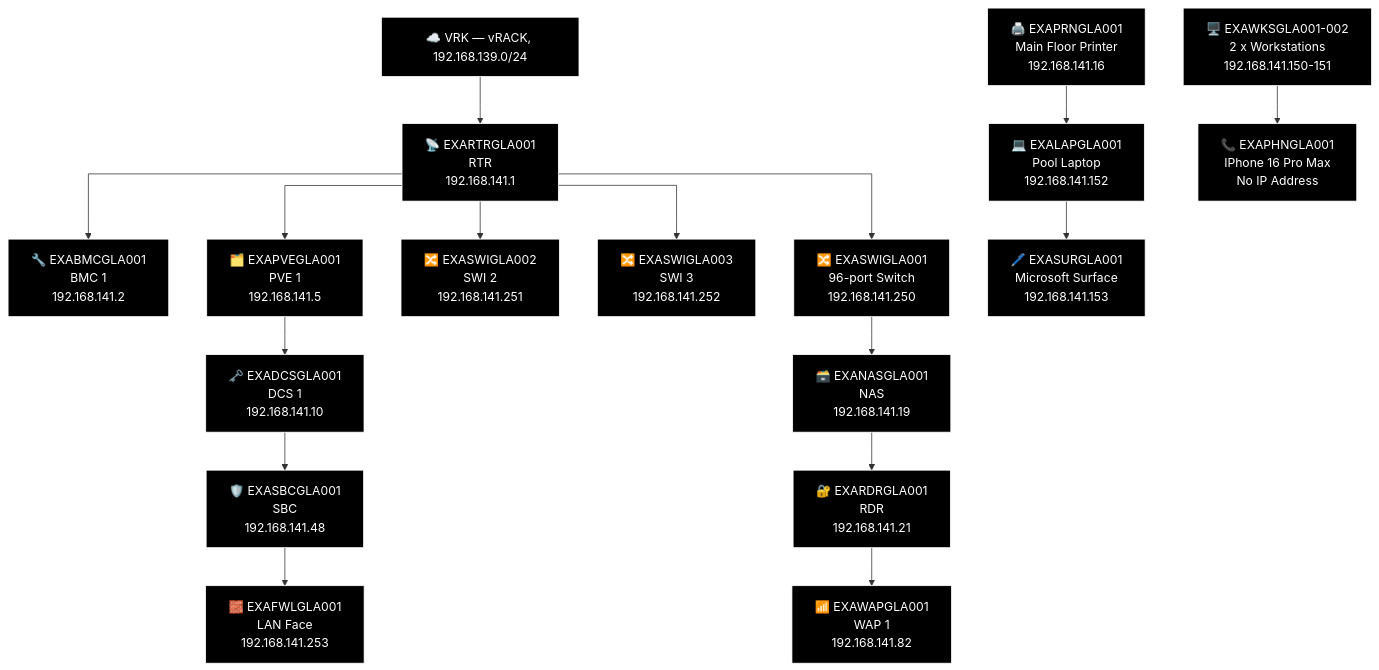
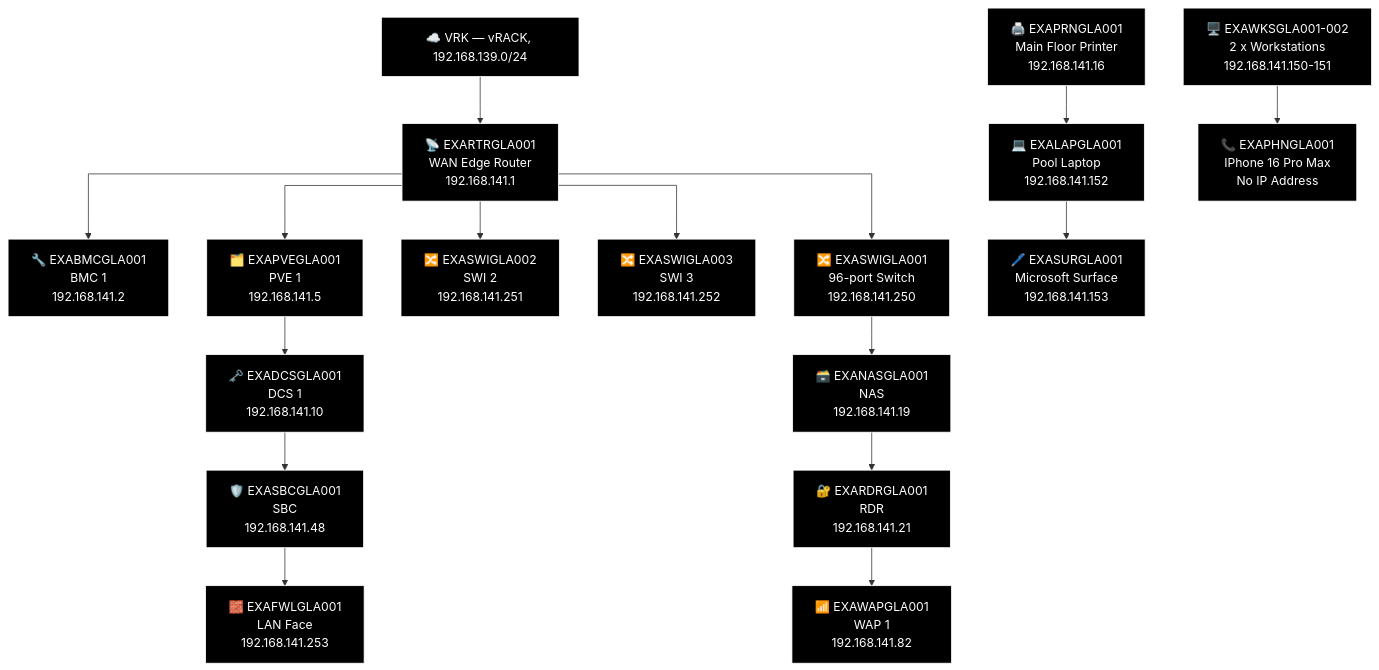
Before and after one commit to knightmare2600/example_music_infra: the ninth of 21 diagrams in docs/network-diagram/scotland.md, drawn with Mermaid. The commit also changed other lines of this file and 17 other files, not shown here.

````diff
--- a/docs/network-diagram/scotland.md
+++ b/docs/network-diagram/scotland.md
@@ -573,52 +573,52 @@
 ```mermaid
 %% GENERATED:TOPOLOGY:GLA:START
 %%{init: {'flowchart': {'curve': 'stepAfter'}}}%%
 graph TD
     T_VRK["☁️ VRK — vRACK, 192.168.139.0/24"]
-    T_RTR["📡 EXARTRGLA001<br/>RTR<br/>192.168.141.1"]
+    T_RTR["📡 EXARTRGLA001<br/>WAN Edge Router<br/>192.168.141.1"]
     T_VRK --> T_RTR
     T_BMC["🔧 EXABMCGLA001<br/>BMC 1<br/>192.168.141.2"]
     T_RTR --> T_BMC
     T_PVE["🗂️ EXAPVEGLA001<br/>PVE 1<br/>192.168.141.5"]
     T_RTR --> T_PVE
     T_SWI["🔀 EXASWIGLA002<br/>SWI 2<br/>192.168.141.251"]
     T_RTR --> T_SWI
     T_SWI2["🔀 EXASWIGLA003<br/>SWI 3<br/>192.168.141.252"]
     T_RTR --> T_SWI2
     T_SWI3["🔀 EXASWIGLA001<br/>96-port Switch<br/>192.168.141.250"]
     T_RTR --> T_SWI3
     T_NAS["🗃️ EXANASGLA001<br/>NAS<br/>192.168.141.19"]
     T_RDR["🔐 EXARDRGLA001<br/>RDR<br/>192.168.141.21"]
     T_WAP["📶 EXAWAPGLA001<br/>WAP 1<br/>192.168.141.82"]
     T_SWI3 --> T_NAS --> T_RDR --> T_WAP
     T_DCS["🗝️ EXADCSGLA001<br/>DCS 1<br/>192.168.141.10"]
     T_SBC["🛡️ EXASBCGLA001<br/>SBC<br/>192.168.141.48"]
     T_FWL["🧱 EXAFWLGLA001<br/>LAN Face<br/>192.168.141.253"]
     T_PVE --> T_DCS --> T_SBC --> T_FWL
     T_PRN["🖨️ EXAPRNGLA001<br/>Main Floor Printer<br/>192.168.141.16"]
     T_OTH_WKS["🖥️ EXAWKSGLA001-002<br/>2 x Workstations<br/>192.168.141.150-151"]
     T_LAP["💻 EXALAPGLA001<br/>Pool Laptop<br/>192.168.141.152"]
     T_PHN["📞 EXAPHNGLA001<br/>IPhone 16 Pro Max<br/>No IP Address"]
     T_SUR["🖊️ EXASURGLA001<br/>Microsoft Surface<br/>192.168.141.153"]
     T_PRN --> T_LAP --> T_SUR
     T_OTH_WKS --> T_PHN
     style T_VRK fill:#000000,stroke:#FFFFFF,color:#FFFFFF
     style T_RTR fill:#000000,stroke:#FFFFFF,color:#FFFFFF
     style T_BMC fill:#000000,stroke:#FFFFFF,color:#FFFFFF
     style T_PVE fill:#000000,stroke:#FFFFFF,color:#FFFFFF
     style T_SWI fill:#000000,stroke:#FFFFFF,color:#FFFFFF
     style T_SWI2 fill:#000000,stroke:#FFFFFF,color:#FFFFFF
     style T_SWI3 fill:#000000,stroke:#FFFFFF,color:#FFFFFF
     style T_NAS fill:#000000,stroke:#FFFFFF,color:#FFFFFF
     style T_RDR fill:#000000,stroke:#FFFFFF,color:#FFFFFF
     style T_WAP fill:#000000,stroke:#FFFFFF,color:#FFFFFF
     style T_DCS fill:#000000,stroke:#FFFFFF,color:#FFFFFF
     style T_SBC fill:#000000,stroke:#FFFFFF,color:#FFFFFF
     style T_FWL fill:#000000,stroke:#FFFFFF,color:#FFFFFF
     style T_PRN fill:#000000,stroke:#FFFFFF,color:#FFFFFF
     style T_OTH_WKS fill:#000000,stroke:#FFFFFF,color:#FFFFFF
     style T_LAP fill:#000000,stroke:#FFFFFF,color:#FFFFFF
     style T_PHN fill:#000000,stroke:#FFFFFF,color:#FFFFFF
     style T_SUR fill:#000000,stroke:#FFFFFF,color:#FFFFFF
 %% GENERATED:TOPOLOGY:GLA:END
 ```
````
